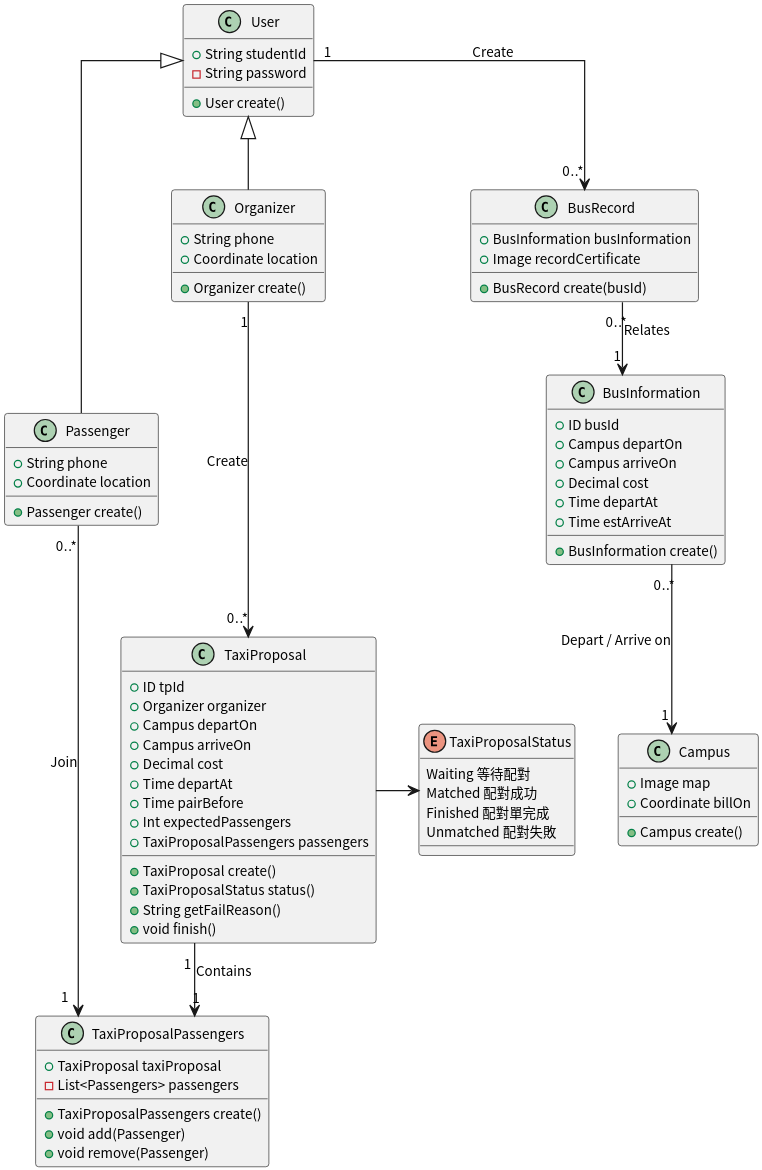
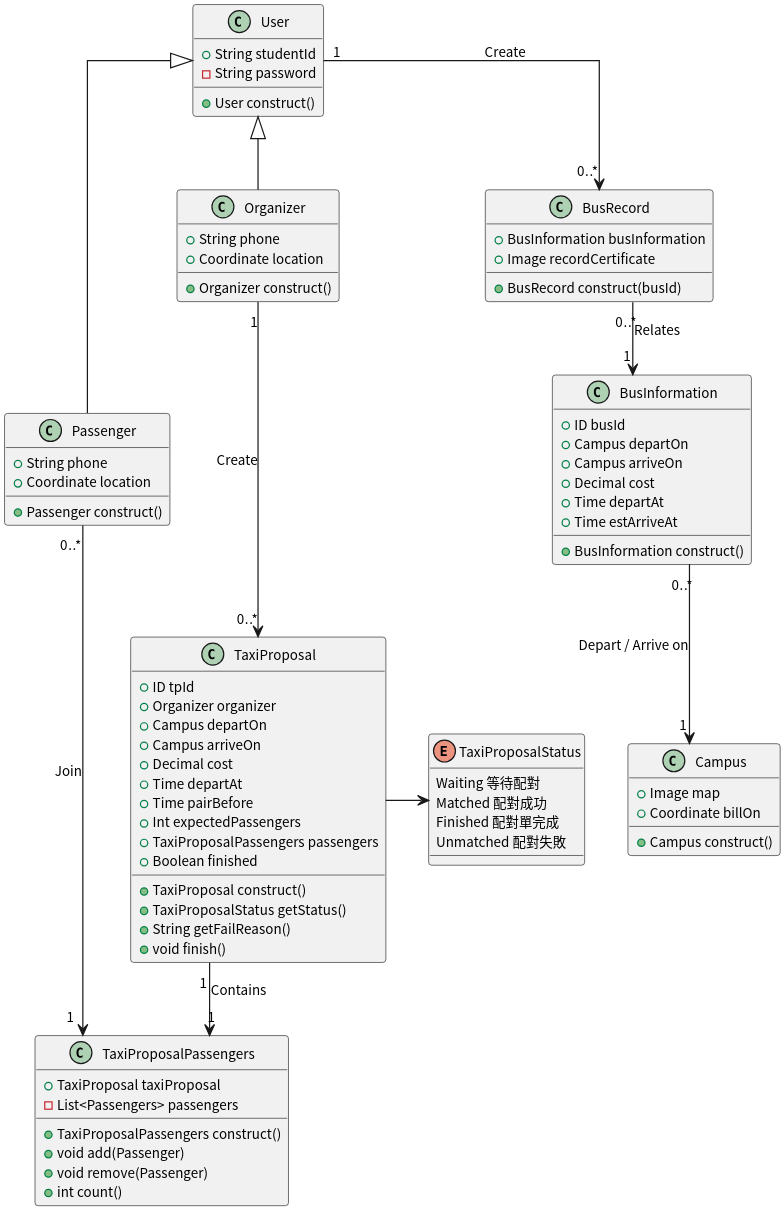
The diagram in semester-4/system-analysis/basic-sequence-diagram/class-diagram.plantuml (pan93412/nkust-homework), drawn with PlantUML before and after one commit. The commit also changed 1 other file, not shown here.

Commit message:
s4: system-analysis: Sequence Diagram & Class Diagram adjustment

```diff
--- a/semester-4/system-analysis/basic-sequence-diagram/class-diagram.plantuml
+++ b/semester-4/system-analysis/basic-sequence-diagram/class-diagram.plantuml
@@ -1,91 +1,93 @@
 @startuml ClassDiagram
 
 skinparam linetype ortho
 skinparam dpi 300
 skinparam defaultFontSize 11
 skinparam defaultFontName "Noto Sans CJK TC"
 
 class User {
     +String studentId
     -String password
-    +User create()
+    +User construct()
 }
 
 class Passenger {
     +String phone
     +Coordinate location
-    +Passenger create()
+    +Passenger construct()
 }
 User <|-- Passenger
 
 class Organizer {
     +String phone
     +Coordinate location
-    +Organizer create()
+    +Organizer construct()
 }
 User <|-- Organizer
 
 class BusRecord {
     +BusInformation busInformation
     +Image recordCertificate
-    +BusRecord create(busId)
+    +BusRecord construct(busId)
 }
 User "1" --> "0..*" BusRecord: Create
 
 class BusInformation {
     +ID busId
     +Campus departOn
     +Campus arriveOn
     +Decimal cost
     +Time departAt
     +Time estArriveAt
-    +BusInformation create()
+    +BusInformation construct()
 }
 BusRecord "0..*" --> "1" BusInformation: Relates
 
 class Campus {
     +Image map
     +Coordinate billOn
-    +Campus create()
+    +Campus construct()
 }
 BusInformation "0..*" --> "1" Campus: Depart / Arrive on
 
 class TaxiProposalPassengers {
     +TaxiProposal taxiProposal
     -List<Passengers> passengers
-    +TaxiProposalPassengers create()
+    +TaxiProposalPassengers construct()
     +void add(Passenger)
     +void remove(Passenger)
+    +int count()
 }
 TaxiProposal "1" --> "1" TaxiProposalPassengers: Contains
 
 class TaxiProposal {
     +ID tpId
     +Organizer organizer
     +Campus departOn
     +Campus arriveOn
     +Decimal cost
     +Time departAt
     +Time pairBefore
     +Int expectedPassengers
     +TaxiProposalPassengers passengers
+    +Boolean finished
 
-    +TaxiProposal create()
-    +TaxiProposalStatus status()
+    +TaxiProposal construct()
+    +TaxiProposalStatus getStatus()
     +String getFailReason()
     +void finish()
 }
 
 TaxiProposal -> TaxiProposalStatus
 
 enum TaxiProposalStatus {
     Waiting 等待配對
     Matched 配對成功
     Finished 配對單完成
     Unmatched 配對失敗
 }
 
 Organizer "1" ---> "0..*" TaxiProposal: Create
 Passenger "0..*" ---> "1" TaxiProposalPassengers: Join
 
 @enduml
```
